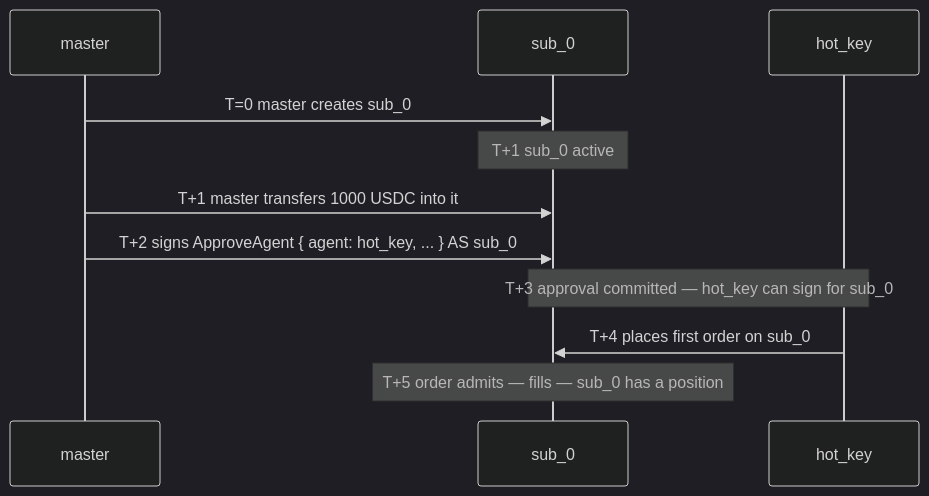
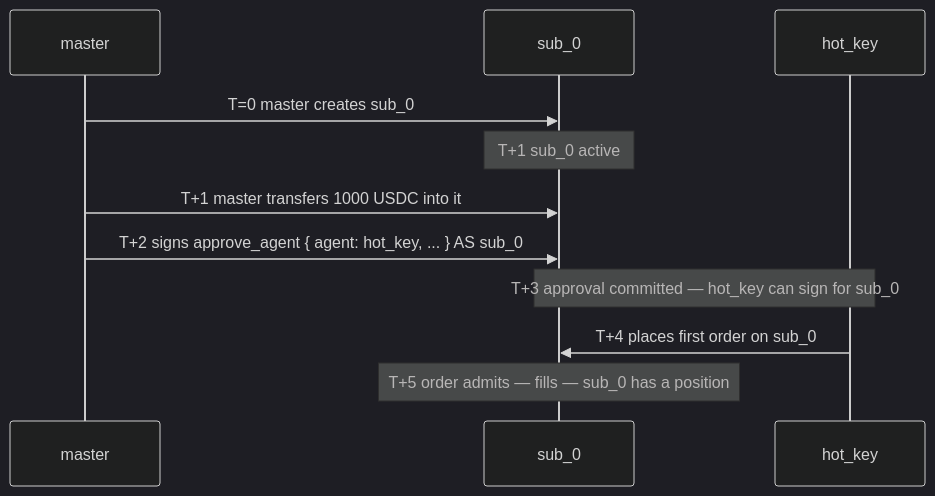
The eighth of 8 diagrams in docs/concepts/sub-accounts.md (mtf-exchange/metaflux-knowledges), drawn with Mermaid (dark theme) before and after one commit. The commit also changed other lines of this file and 31 other files, not shown here.

````diff
--- a/docs/concepts/sub-accounts.md
+++ b/docs/concepts/sub-accounts.md
@@ -274,13 +274,13 @@
 ```mermaid
 sequenceDiagram
     participant master
     participant sub_0
     participant hot_key
     master->>sub_0: T=0 master creates sub_0
     Note over sub_0: T+1 sub_0 active
     master->>sub_0: T+1 master transfers 1000 USDC into it
-    master->>sub_0: T+2 signs ApproveAgent { agent: hot_key, ... } AS sub_0
+    master->>sub_0: T+2 signs approve_agent { agent: hot_key, ... } AS sub_0
     Note over sub_0,hot_key: T+3 approval committed — hot_key can sign for sub_0
     hot_key->>sub_0: T+4 places first order on sub_0
     Note over sub_0: T+5 order admits — fills — sub_0 has a position
 ```
````
